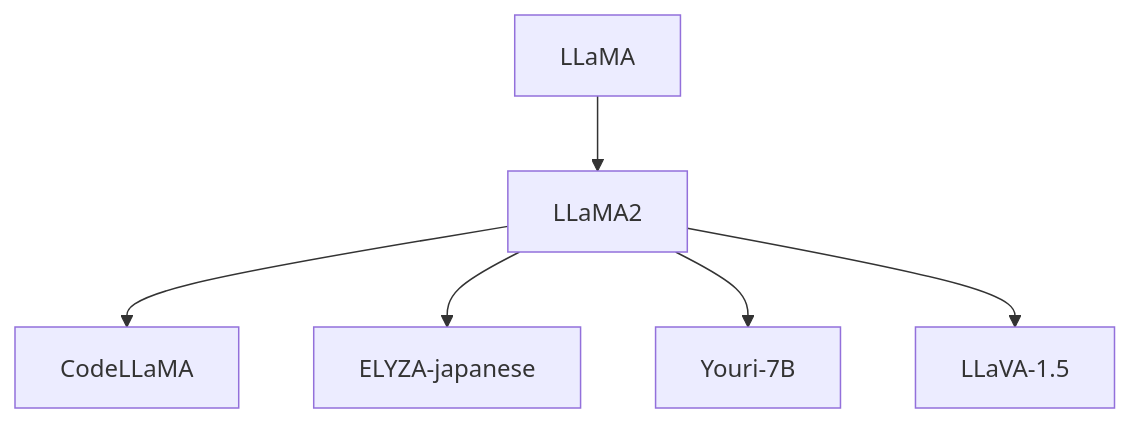
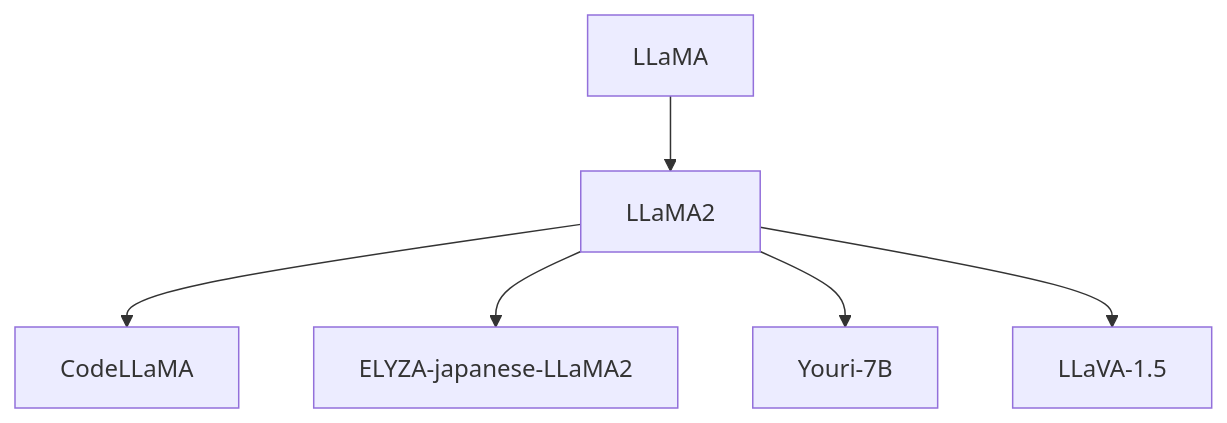
One commit to ted-sharp/chatvox changed diagram 23 of 23 in doc/llm.md. Above: the diagram before and after it, drawn with Mermaid. The commit also changed other lines of this file, not shown here.

````diff
--- a/doc/llm.md
+++ b/doc/llm.md
@@ -1043,8 +1067,8 @@
 ```mermaid
 flowchart
 
 LLaMA --> LLaMA2 --> CodeLLaMA
-LLaMA2 --> ELYZA-japanese
+LLaMA2 --> ELYZA-japanese-LLaMA2
 LLaMA2 --> Youri-7B
 LLaMA2 --> LLaVA-1.5
 ```
````
